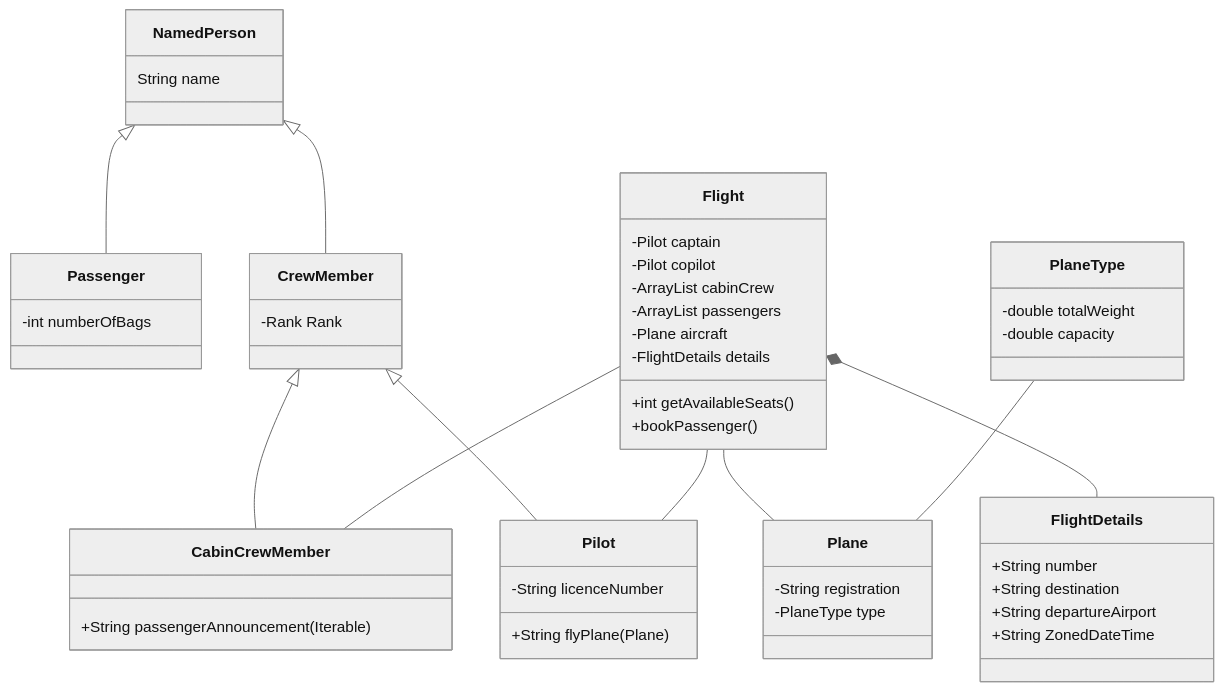
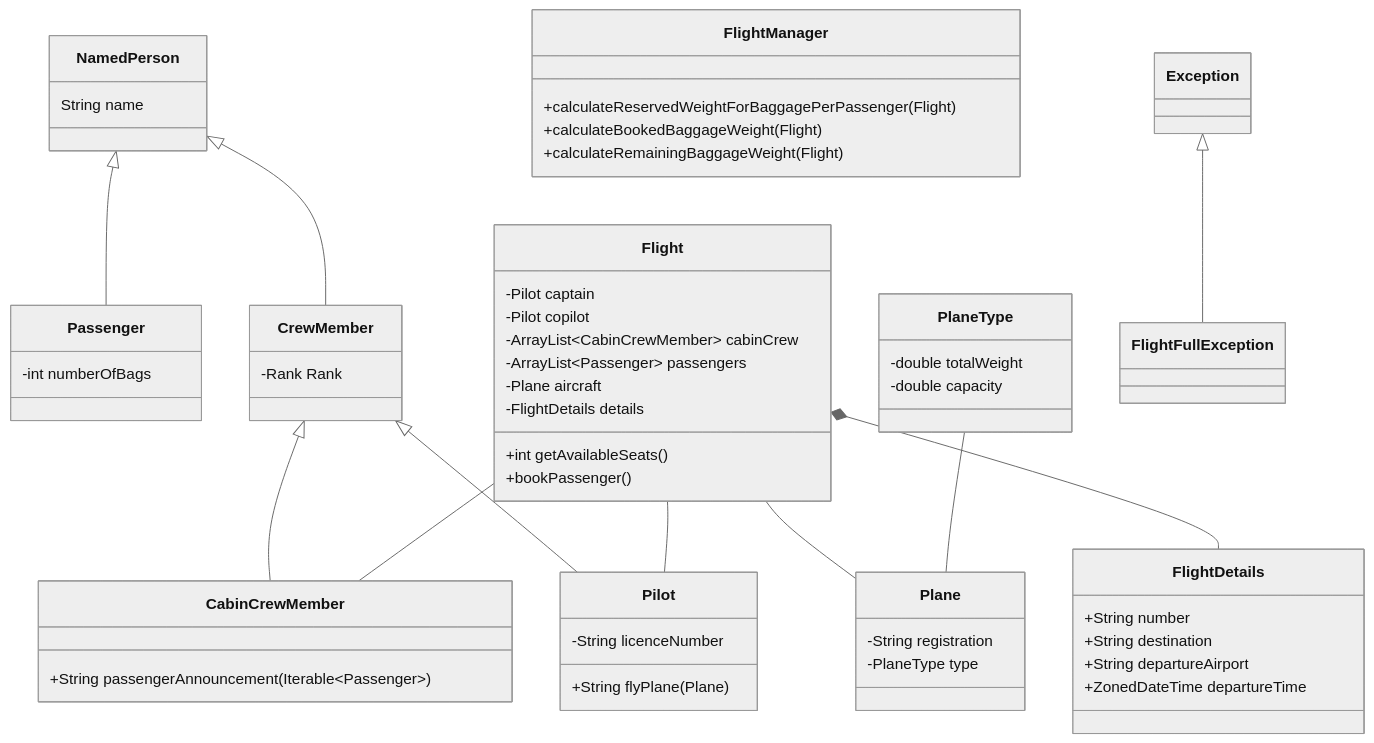
One commit to bsmith/w12d5_JavaAir changed the diagram in design/design.md. Above: the diagram before and after it, drawn with Mermaid (neutral theme).

Commit message:
Finish design

````diff
--- a/design/design.md
+++ b/design/design.md
@@ -1,62 +1,70 @@
 ```mermaid
 classDiagram
     NamedPerson <|-- Passenger
     NamedPerson <|-- CrewMember
     CrewMember <|-- CabinCrewMember
     CrewMember <|-- Pilot
     
     Flight -- Pilot
     Flight -- CabinCrewMember
     Flight -- Plane
     Flight *-- FlightDetails
     
     PlaneType -- Plane
     
     NamedPerson : String name
 
     class Passenger {
       -int numberOfBags
     }
     
     class CrewMember {
       -Rank Rank
     }
     
     class CabinCrewMember {
-      +String passengerAnnouncement(Iterable<Passenger>)
+      +String passengerAnnouncement(Iterable~Passenger~)
     }
     
     class Pilot {
       -String licenceNumber
       +String flyPlane(Plane)
     }
     
     class PlaneType {
       -double totalWeight
       -double capacity
     }
     
     class Plane {
       -String registration
       -PlaneType type
     }
     
     class Flight {
       -Pilot captain
       -Pilot copilot
-      -ArrayList<CabinCrewMember> cabinCrew
-      -ArrayList<Passenger> passengers
+      -ArrayList~CabinCrewMember~ cabinCrew
+      -ArrayList~Passenger~ passengers
       -Plane aircraft
       -FlightDetails details
       +int getAvailableSeats()
       +bookPassenger()
     }
     
     class FlightDetails {
       +String number
       +String destination
       +String departureAirport
-      +String ZonedDateTime
+      +ZonedDateTime departureTime
+    }
+        
+    class FlightManager {
+      +calculateReservedWeightForBaggagePerPassenger(Flight)
+      +calculateBookedBaggageWeight(Flight)
+      +calculateRemainingBaggageWeight(Flight)
     }
     
+    Exception <|-- FlightFullException
+    
 ```
````
